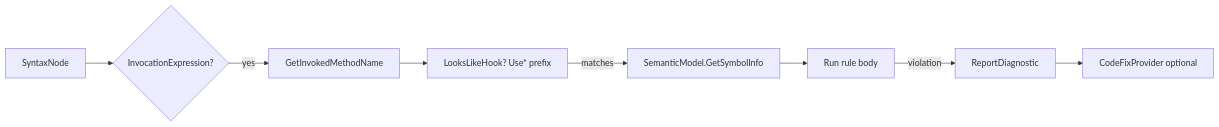
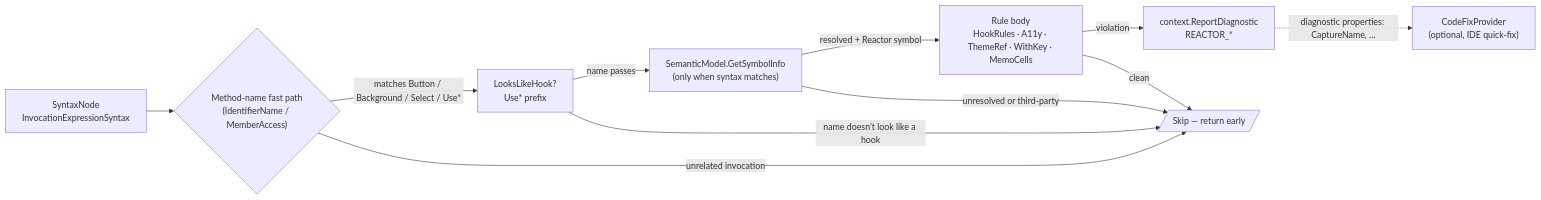
The diagram in docs/_pipeline/diagrams/analyzer-architecture/rule-pipeline.mmd (microsoft/microsoft-ui-reactor), drawn with Mermaid before and after one commit. The commit also changed 3 other files, not shown here.

First line of the commit message:
docs(041): analyzer-architecture at Comprehensive tier (3.5.11)

```diff
--- a/docs/_pipeline/diagrams/analyzer-architecture/rule-pipeline.mmd
+++ b/docs/_pipeline/diagrams/analyzer-architecture/rule-pipeline.mmd
@@ -1,12 +1,26 @@
-%% Phase 3.5 scaffold — analyzer rule pipeline. Author should expand
-%% with the SyntaxKind filtering, the symbol-vs-syntax fast path
-%% (LooksLikeHook check before semantic model), and the fix-provider
-%% link.
+%% Reactor analyzer rule pipeline. Each registered SyntaxKind action runs
+%% on every InvocationExpression in the compilation; the analyzers stack
+%% cheap syntactic gates before paying for SemanticModel work, then route
+%% confirmed violations to ReportDiagnostic with a code-fix link for the
+%% IDE. Default Mermaid palette renders legibly on both light and dark
+%% GitHub themes.
 flowchart LR
-    Syntax[SyntaxNode] --> Filter{InvocationExpression?}
-    Filter -->|yes| Name[GetInvokedMethodName]
-    Name --> Heur[LooksLikeHook? Use* prefix]
-    Heur -->|matches| Semantic[SemanticModel.GetSymbolInfo]
-    Semantic --> Check[Run rule body]
-    Check -->|violation| Report[ReportDiagnostic]
-    Report --> Fix[CodeFixProvider optional]
+    Syntax["SyntaxNode<br/>InvocationExpressionSyntax"]
+    Filter{"Method-name fast path<br/>(IdentifierName / MemberAccess)"}
+    Hook["LooksLikeHook?<br/>Use* prefix"]
+    Symbol["SemanticModel.GetSymbolInfo<br/>(only when syntax matches)"]
+    Body["Rule body<br/>HookRules · A11y · ThemeRef · WithKey · MemoCells"]
+    Report["context.ReportDiagnostic<br/>REACTOR_*"]
+    Fix["CodeFixProvider<br/>(optional, IDE quick-fix)"]
+    Skip[/Skip — return early/]
+
+    Syntax --> Filter
+    Filter -->|"matches Button / Background / Select / Use*"| Hook
+    Filter -->|"unrelated invocation"| Skip
+    Hook -->|"name passes"| Symbol
+    Hook -->|"name doesn't look like a hook"| Skip
+    Symbol -->|"resolved + Reactor symbol"| Body
+    Symbol -->|"unresolved or third-party"| Skip
+    Body -->|"violation"| Report
+    Body -->|"clean"| Skip
+    Report -.->|"diagnostic properties: CaptureName, …"| Fix
```
